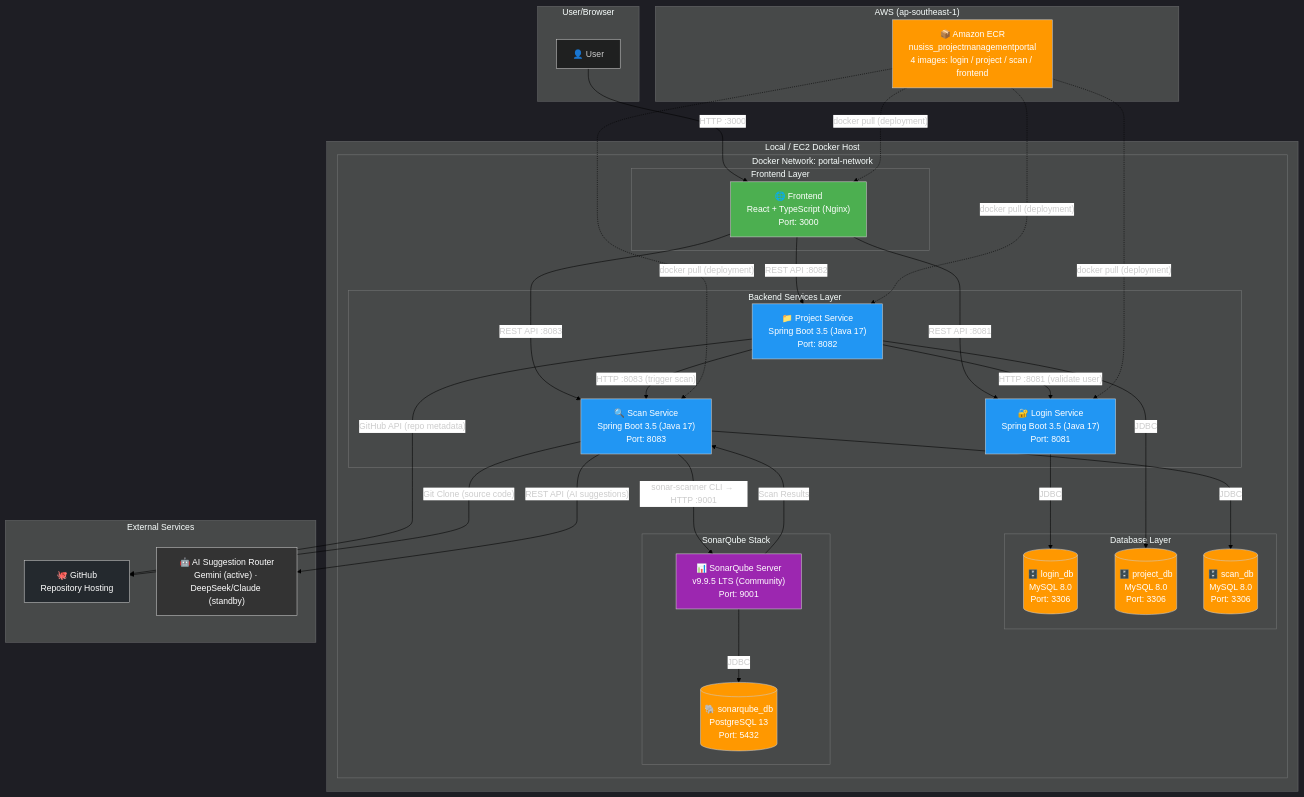
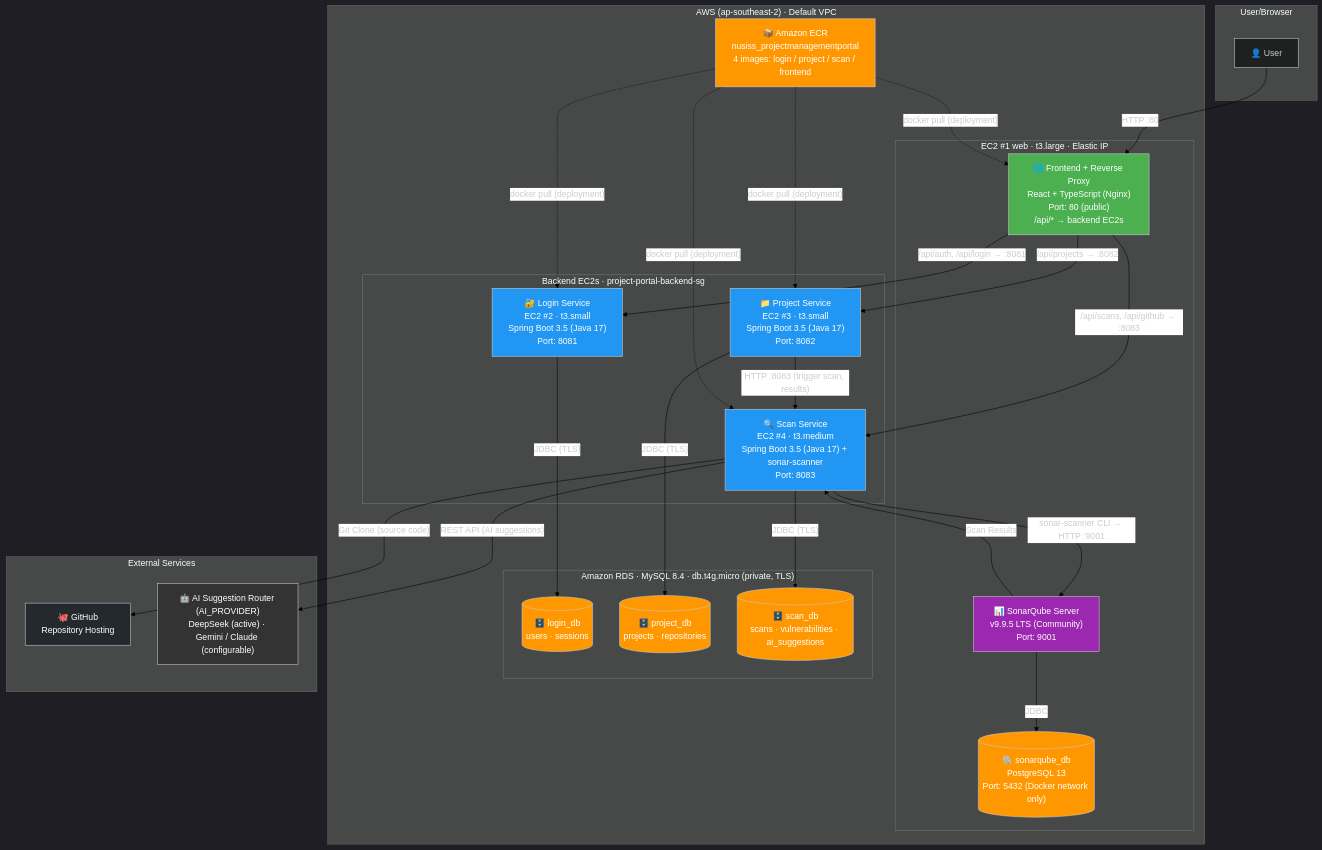
The diagram in docs/Architecture.mermaid (kaldrake/NUSISS_ProjectManagementPortal), drawn with Mermaid before and after one commit. The commit also changed 1 other file, not shown here.

Commit message:
Update architecture and CI/CD diagrams for the AWS deployment
- Architecture: web EC2 (Nginx /api proxy + SonarQube), login/project/
  scan EC2s, RDS MySQL 8.4 (login_db/project_db/scan_db), ECR, in
  ap-southeast-2; AI router with DeepSeek active
- CI/CD: SonarCloud + ECR build on push, then backend EC2 deploys via
  the web EC2, then the web EC2; Snyk shown as disabled

```diff
--- a/docs/Architecture.mermaid
+++ b/docs/Architecture.mermaid
@@ -1,112 +1,101 @@
 %%{init: {'theme': 'dark', 'themeVariables': {'lineColor': '#000000', 'edgeLabelBackground': '#ffffff'}}}%%
 graph TB
     subgraph "User/Browser"
         User[👤 User]
     end
 
-    subgraph "Local / EC2 Docker Host"
+    subgraph "AWS (ap-southeast-2) · Default VPC"
 
-        subgraph "Docker Network: portal-network"
+        subgraph "EC2 #1 web · t3.large · Elastic IP"
+            FE["🌐 Frontend + Reverse Proxy
+React + TypeScript (Nginx)
+Port: 80 (public)
+/api/* → backend EC2s"]
+            SQ["📊 SonarQube Server
+v9.9.5 LTS (Community)
+Port: 9001"]
+            SQDB[("🐘 sonarqube_db
+PostgreSQL 13
+Port: 5432 (Docker network only)")]
+        end
 
-            subgraph "Frontend Layer"
-                FE["🌐 Frontend
-React + TypeScript (Nginx)
-Port: 3000"]
-            end
-
-            subgraph "Backend Services Layer"
-                LS["🔐 Login Service
+        subgraph "Backend EC2s · project-portal-backend-sg"
+            LS["🔐 Login Service
+EC2 #2 · t3.small
 Spring Boot 3.5 (Java 17)
 Port: 8081"]
-                PS["📁 Project Service
+            PS["📁 Project Service
+EC2 #3 · t3.small
 Spring Boot 3.5 (Java 17)
 Port: 8082"]
-                SCS["🔍 Scan Service
-Spring Boot 3.5 (Java 17)
+            SCS["🔍 Scan Service
+EC2 #4 · t3.medium
+Spring Boot 3.5 (Java 17) + sonar-scanner
 Port: 8083"]
-            end
-
-            subgraph "Database Layer"
-                LDB[("🗄️ login_db
-MySQL 8.0
-Port: 3306")]
-                PDB[("🗄️ project_db
-MySQL 8.0
-Port: 3306")]
-                SDB[("🗄️ scan_db
-MySQL 8.0
-Port: 3306")]
-            end
-
-            subgraph "SonarQube Stack"
-                SQDB[("🐘 sonarqube_db
-PostgreSQL 13
-Port: 5432")]
-                SQ["📊 SonarQube Server
-v9.9.5 LTS (Community)
-Port: 9001"]
-            end
-
         end
 
+        subgraph "Amazon RDS · MySQL 8.4 · db.t4g.micro (private, TLS)"
+            LDB[("🗄️ login_db
+users · sessions")]
+            PDB[("🗄️ project_db
+projects · repositories")]
+            SDB[("🗄️ scan_db
+scans · vulnerabilities · ai_suggestions")]
+        end
+
+        ECR["📦 Amazon ECR
+nusiss_projectmanagementportal
+4 images: login / project / scan / frontend"]
     end
 
     subgraph "External Services"
         GH["🐙 GitHub
 Repository Hosting"]
-        AI["🤖 AI Suggestion Router
-Gemini (active) · DeepSeek/Claude (standby)"]
-    end
-
-    subgraph "AWS (ap-southeast-1)"
-        ECR["📦 Amazon ECR
-nusiss_projectmanagementportal
-4 images: login / project / scan / frontend"]
+        AI["🤖 AI Suggestion Router (AI_PROVIDER)
+DeepSeek (active) · Gemini / Claude (configurable)"]
     end
 
     %% User to Frontend
-    User -->|"HTTP :3000"| FE
+    User -->|"HTTP :80"| FE
 
-    %% Frontend to Backend
-    FE -->|"REST API :8081"| LS
-    FE -->|"REST API :8082"| PS
-    FE -->|"REST API :8083"| SCS
+    %% Nginx reverse proxy to backend EC2s (private IPs)
+    FE -->|"/api/auth, /api/login → :8081"| LS
+    FE -->|"/api/projects → :8082"| PS
+    FE -->|"/api/scans, /api/github → :8083"| SCS
 
-    %% Services to their own DBs
-    LS -->|"JDBC"| LDB
-    PS -->|"JDBC"| PDB
-    SCS -->|"JDBC"| SDB
+    %% Services to their own databases on RDS
+    LS -->|"JDBC (TLS)"| LDB
+    PS -->|"JDBC (TLS)"| PDB
+    SCS -->|"JDBC (TLS)"| SDB
 
     %% Service-to-service
-    PS -->|"HTTP :8081 (validate user)"| LS
-    PS -->|"HTTP :8083 (trigger scan)"| SCS
+    PS -->|"HTTP :8083 (trigger scan, results)"| SCS
 
-    %% Scan Service to SonarQube
+    %% Scan Service to SonarQube on the web EC2
     SCS -->|"sonar-scanner CLI → HTTP :9001"| SQ
     SQ -->|"JDBC"| SQDB
     SQ -->|"Scan Results"| SCS
 
     %% External integrations
-    PS -->|"GitHub API (repo metadata)"| GH
     SCS -->|"Git Clone (source code)"| GH
     SCS -->|"REST API (AI suggestions)"| AI
 
-    %% CI/CD pushes images to ECR
+    %% CI/CD deploys images from ECR
     ECR -.->|"docker pull (deployment)"| FE
     ECR -.->|"docker pull (deployment)"| LS
     ECR -.->|"docker pull (deployment)"| PS
     ECR -.->|"docker pull (deployment)"| SCS
 
     %% Styling
     style FE fill:#4CAF50,color:#fff
     style LS fill:#2196F3,color:#fff
     style PS fill:#2196F3,color:#fff
     style SCS fill:#2196F3,color:#fff
     style LDB fill:#FF9800,color:#fff
     style PDB fill:#FF9800,color:#fff
     style SDB fill:#FF9800,color:#fff
     style SQDB fill:#FF9800,color:#fff
     style SQ fill:#9C27B0,color:#fff
     style ECR fill:#FF9800,color:#fff
     style GH fill:#24292e,color:#fff
     style AI fill:#333,color:#fff
```
